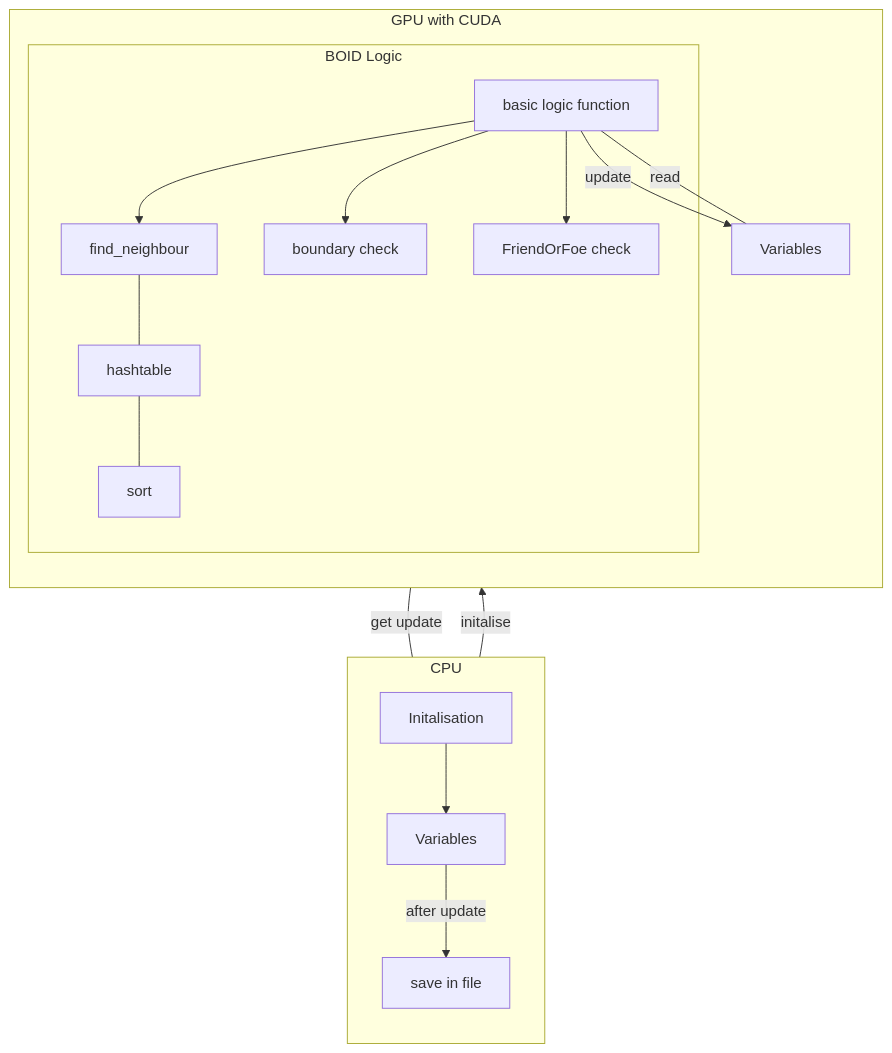
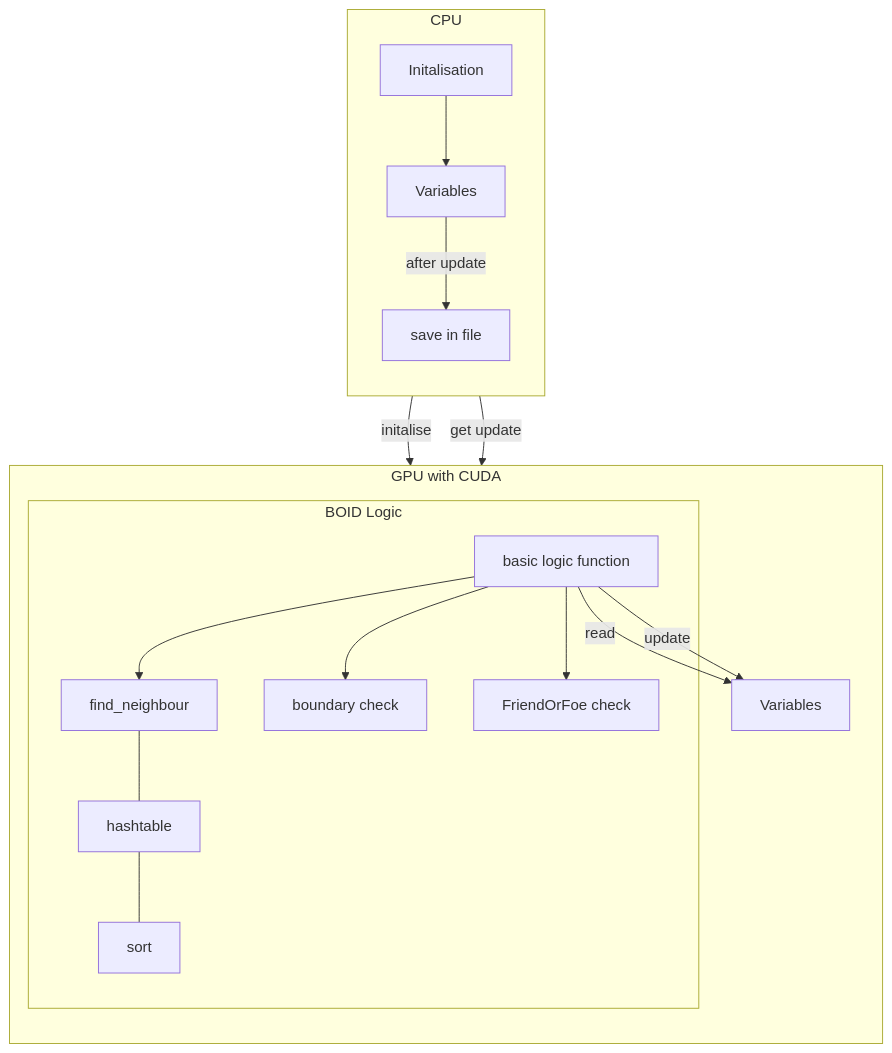
One commit to LeoTurnell-Ritson/CuBoids changed the diagram in README.md. Above: the diagram before and after it, drawn with Mermaid.

````diff
--- a/README.md
+++ b/README.md
@@ -25,33 +25,32 @@
 ```mermaid
-flowchart TB
-    subgraph CPU
-        direction TB
-        CPU_1[Initalisation]
-        CPU_2[Variables]
-        CPU_3[save in file]
-        CPU_1 --> CPU_2
-        CPU_2 --after update-->CPU_3
-    end
+flowchart
     subgraph GPU with CUDA
         direction TB
         GPU_1[Variables]
         subgraph BOID Logic
         GPU_6[basic logic function]
         GPU_2[find_neighbour]
         GPU_3[hashtable]
         GPU_4[sort]
         GPU_5[boundary check]
         GPU_7[FriendOrFoe check]
         end
         GPU_6 --> GPU_2
         GPU_6 --> GPU_5
         GPU_6 --> GPU_7
         GPU_2 --- GPU_3
         GPU_3 --- GPU_4
-        GPU_1 --read--- GPU_6
+        GPU_6 --read--> GPU_1
         GPU_6 --update-->GPU_1
     end
-%%CPU_2 --get update---GPU_1
+    subgraph CPU
+        direction TB
+        CPU_1[Initalisation]
+        CPU_2[Variables]
+        CPU_3[save in file]
+        CPU_1 --> CPU_2
+        CPU_2 --after update-->CPU_3
+    end
 CPU_2 --initalise--> GPU_1
-GPU_1 --get update--- CPU_2
+CPU_2 --get update--> GPU_1
 ```
````
